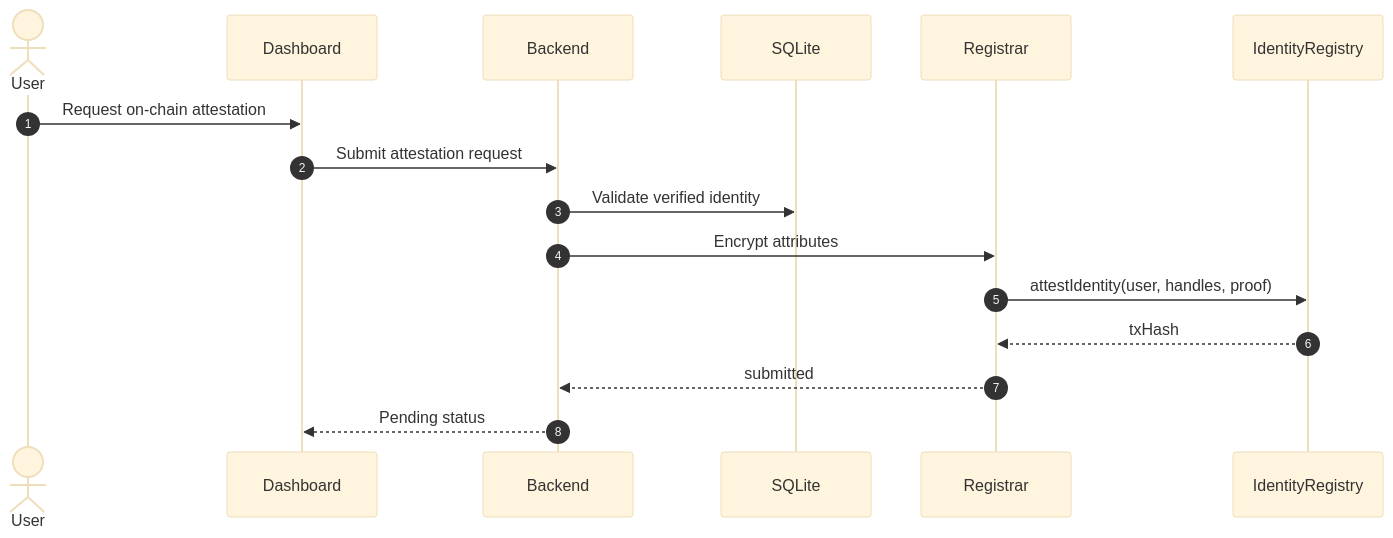
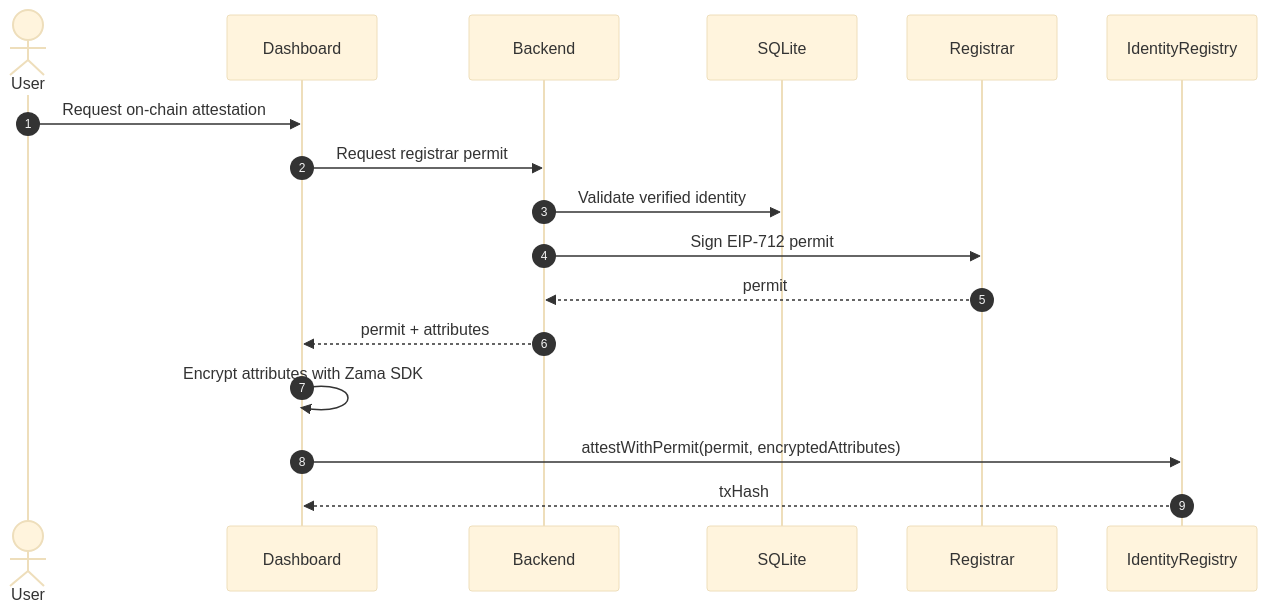
One commit to gustavovalverde/zentity changed the ninth of 9 diagrams in docs/(architecture)/web3-architecture.md. Above: the diagram before and after it, drawn with Mermaid (base theme). The commit also changed other lines of this file and 87 other files, not shown here.

````diff
--- a/docs/(architecture)/web3-architecture.md
+++ b/docs/(architecture)/web3-architecture.md
@@ -387,19 +384,20 @@
 ```mermaid
 sequenceDiagram
   autonumber
   actor User
   participant UI as Dashboard
   participant API as Backend
   participant DB as SQLite
   participant REG as Registrar
   participant BC as IdentityRegistry
 
   User->>UI: Request on-chain attestation
-  UI->>API: Submit attestation request
+  UI->>API: Request registrar permit
   API->>DB: Validate verified identity
-  API->>REG: Encrypt attributes
-  REG->>BC: attestIdentity(user, handles, proof)
-  BC-->>REG: txHash
-  REG-->>API: submitted
-  API-->>UI: Pending status
+  API->>REG: Sign EIP-712 permit
+  REG-->>API: permit
+  API-->>UI: permit + attributes
+  UI->>UI: Encrypt attributes with Zama SDK
+  UI->>BC: attestWithPermit(permit, encryptedAttributes)
+  BC-->>UI: txHash
 ```
````
